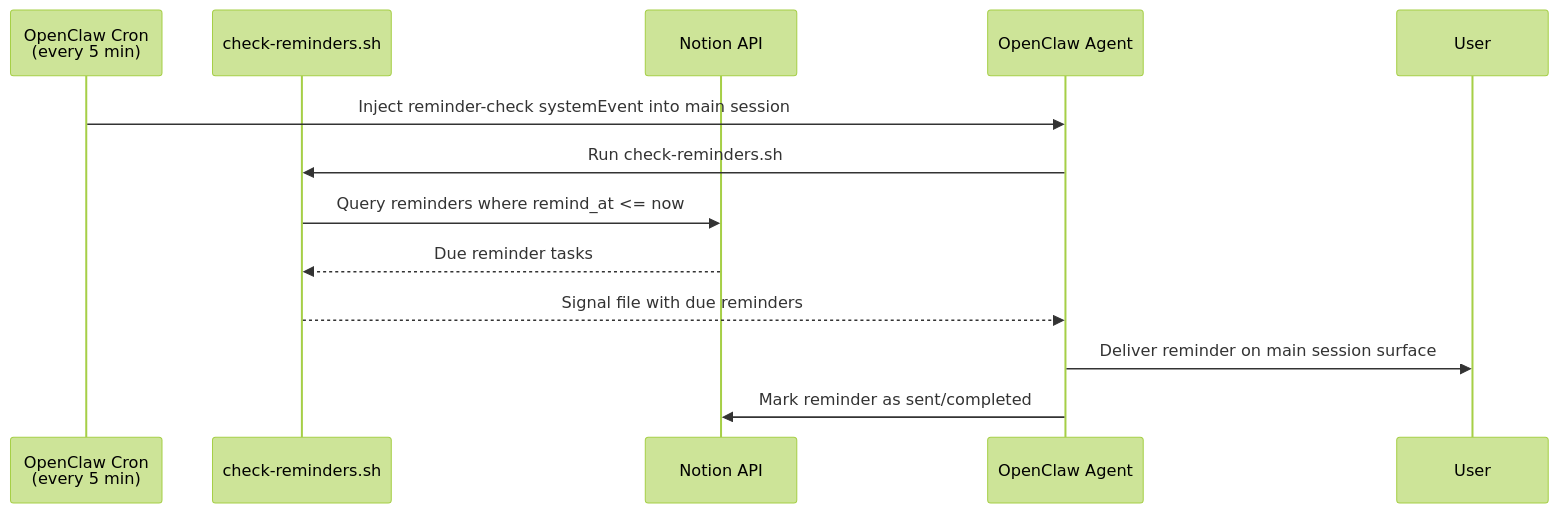
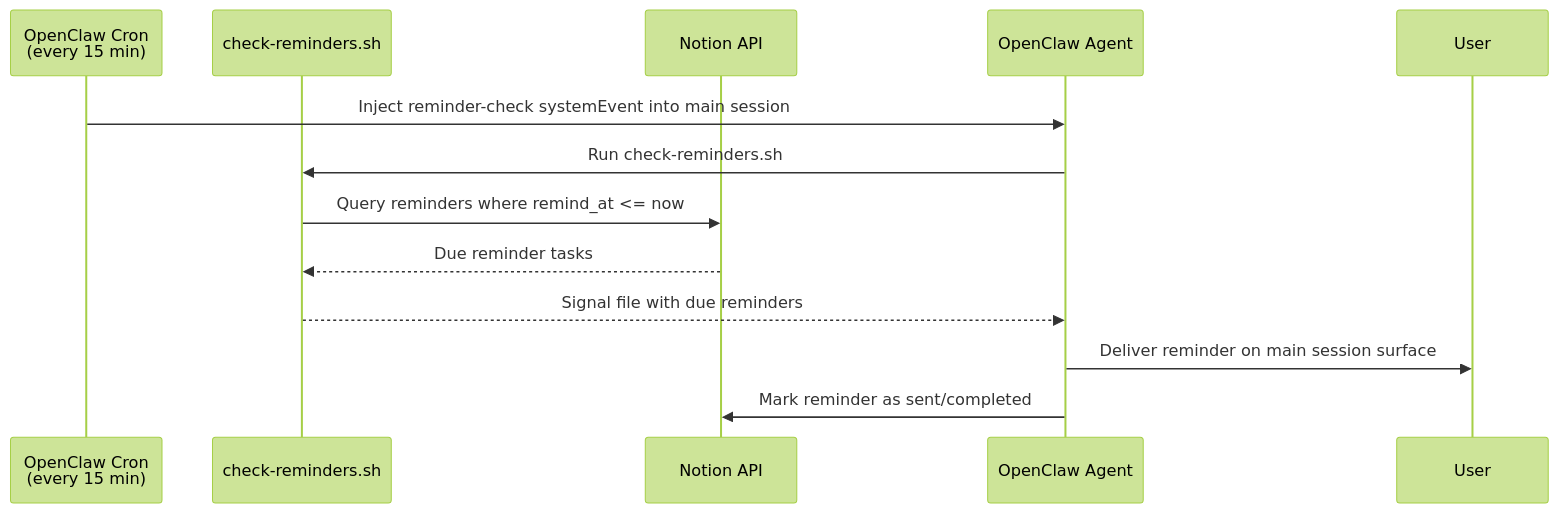
The fifth of 6 diagrams in docs/architecture.md (NickBorgersProbably/hide-my-list), drawn with Mermaid (forest theme) before and after one commit. The commit also changed other lines of this file and 10 other files, not shown here.

````diff
--- a/docs/architecture.md
+++ b/docs/architecture.md
@@ -198,16 +198,16 @@
 ```mermaid
 sequenceDiagram
-    participant Cron as OpenClaw Cron<br/>(every 5 min)
+    participant Cron as OpenClaw Cron<br/>(every 15 min)
     participant Script as check-reminders.sh
     participant Notion as Notion API
     participant Agent as OpenClaw Agent
     participant User
 
     Cron->>Agent: Inject reminder-check systemEvent into main session
     Agent->>Script: Run check-reminders.sh
     Script->>Notion: Query reminders where remind_at <= now
     Notion-->>Script: Due reminder tasks
     Script-->>Agent: Signal file with due reminders
     Agent->>User: Deliver reminder on main session surface
     Agent->>Notion: Mark reminder as sent/completed
 ```
````
